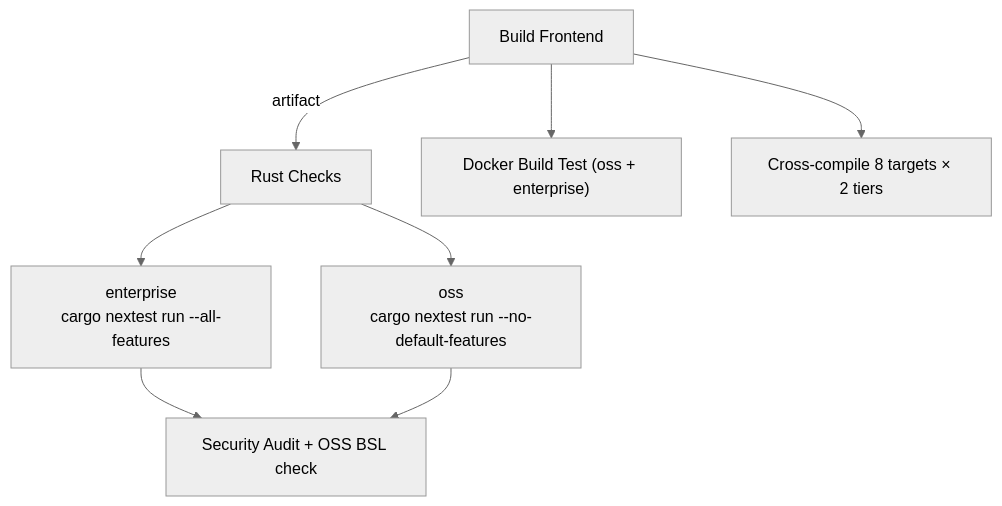
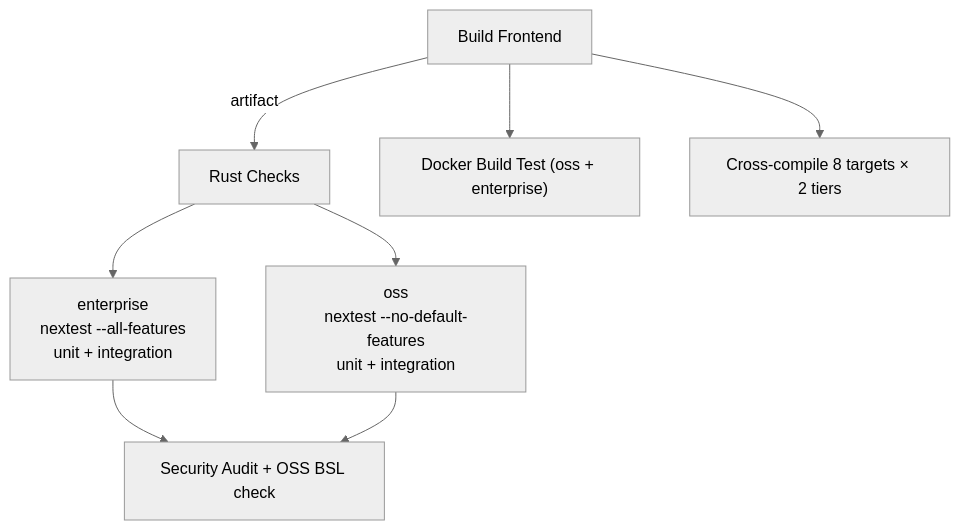
One commit to ShristiLabs/madhyamas changed the fourth of 4 diagrams in docs/ENTERPRISE_TESTING.md. Above: the diagram before and after it, drawn with Mermaid (neutral theme). The commit also changed other lines of this file and 1 other file, not shown here.

First line of the commit message:
docs: codify hybrid test layout in AGENTS.md and ENTERPRISE_TESTING.md

````diff
--- a/docs/ENTERPRISE_TESTING.md
+++ b/docs/ENTERPRISE_TESTING.md
@@ -457,10 +485,10 @@
 ```mermaid
 graph TD
     FE["Build Frontend"] -->|artifact| RC["Rust Checks"]
-    RC --> M1["enterprise<br/>cargo nextest run --all-features"]
-    RC --> M2["oss<br/>cargo nextest run --no-default-features"]
+    RC --> M1["enterprise<br/>nextest --all-features<br/>unit + integration"]
+    RC --> M2["oss<br/>nextest --no-default-features<br/>unit + integration"]
     M1 --> SA["Security Audit + OSS BSL check"]
     M2 --> SA
     FE --> DB["Docker Build Test (oss + enterprise)"]
     FE --> CB["Cross-compile 8 targets × 2 tiers"]
 ```
````
